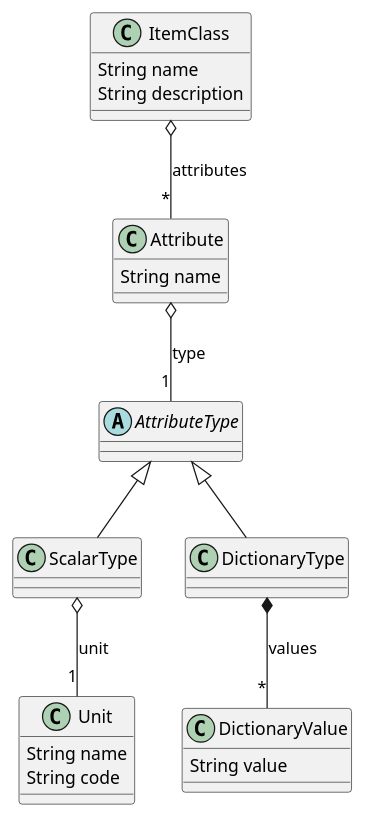
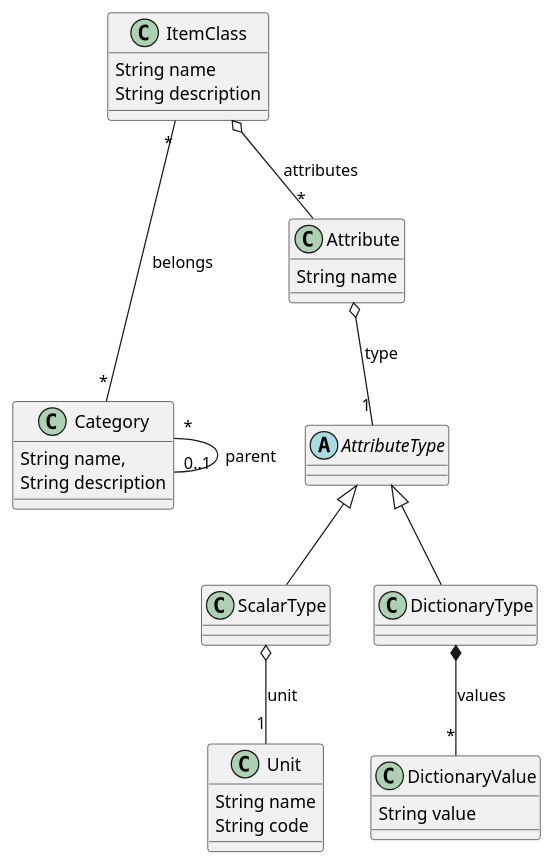
One commit to maciejmalecki/inventory changed the diagram in doc/dia/domain.puml. Above: the diagram before and after it, drawn with PlantUML.

```diff
--- a/doc/dia/domain.puml
+++ b/doc/dia/domain.puml
@@ -1,32 +1,41 @@
 @startuml
+
+class Category {
+   String name,
+   String description
+}
+
+Category "*" --- "0..1" Category: parent
 
 class ItemClass {
     String name
     String description
 }
+
+ItemClass "*" --- "*" Category: belongs
 
 class Attribute {
     String name
 }
 abstract class AttributeType
 class ScalarType
 class DictionaryType
 class DictionaryValue {
     String value
 }
 
 class Unit {
     String name
     String code
 }
 
 AttributeType <|-- ScalarType
 AttributeType <|-- DictionaryType
 ScalarType o-- "1" Unit: unit
 DictionaryType *-- "*" DictionaryValue: values
 
 Attribute o-- "1" AttributeType: type
 
 ItemClass o-- "*" Attribute: attributes
 
 @enduml
```
